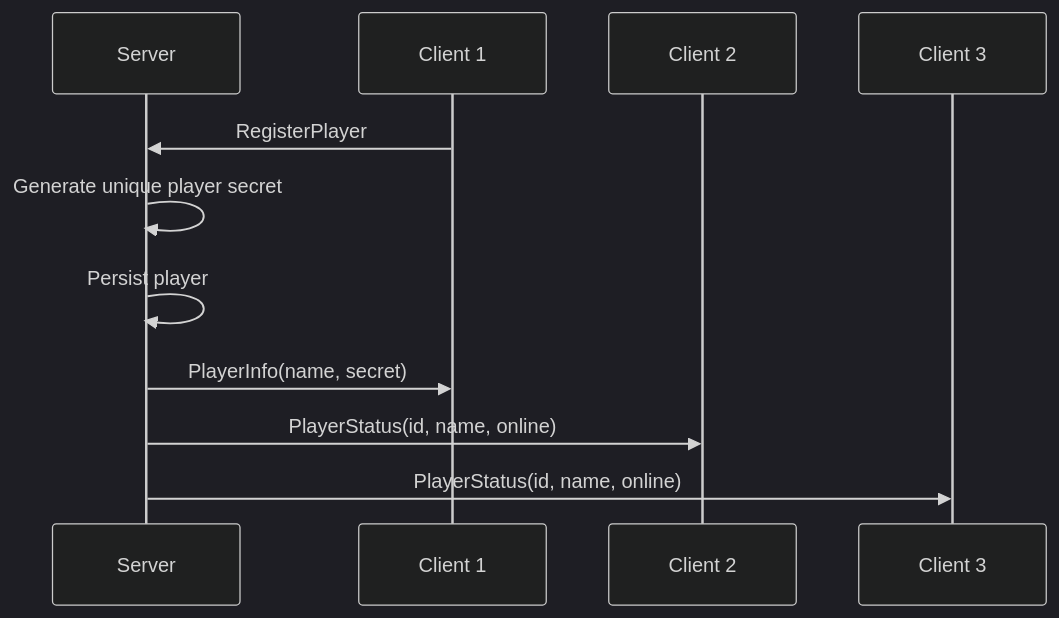
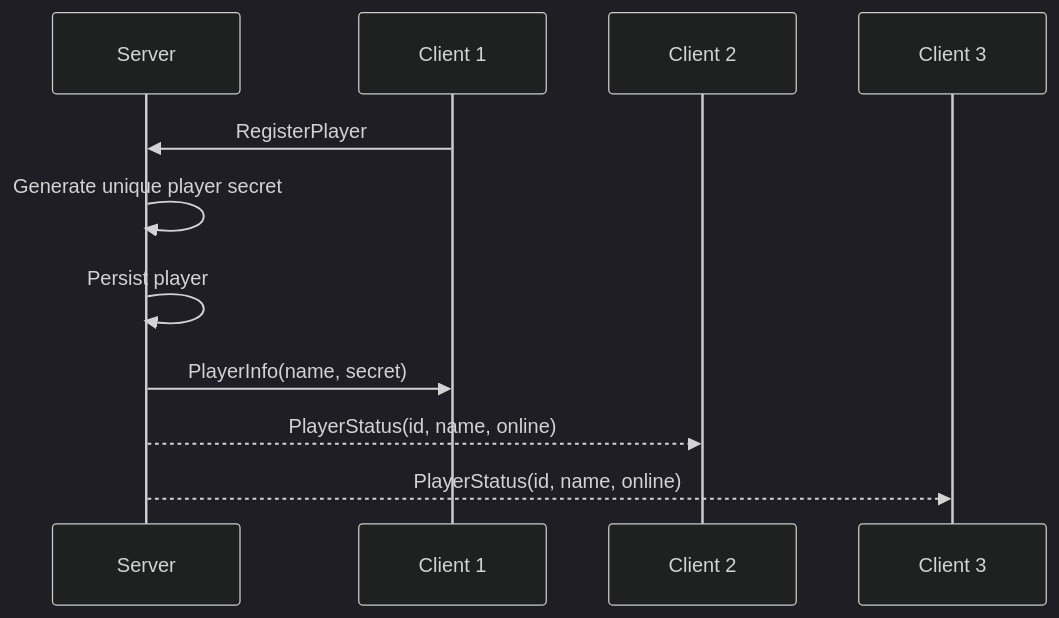
One commit to roman-zubarevich/another changed the second of 15 diagrams in docs/LOBBY.md. Above: the diagram before and after it, drawn with Mermaid (dark theme). The commit also changed other lines of this file, not shown here.

````diff
--- a/docs/LOBBY.md
+++ b/docs/LOBBY.md
@@ -28,13 +28,13 @@
 ```mermaid
 sequenceDiagram
     participant S as Server
     participant C1 as Client 1
     participant C2 as Client 2
     participant C3 as Client 3
     C1->>S: RegisterPlayer
     S->>S: Generate unique player secret
     S->>S: Persist player
     S->>C1: PlayerInfo(name, secret)
-    S->>C2: PlayerStatus(id, name, online)
-    S->>C3: PlayerStatus(id, name, online)
+    S-->>C2: PlayerStatus(id, name, online)
+    S-->>C3: PlayerStatus(id, name, online)
 ```
````
